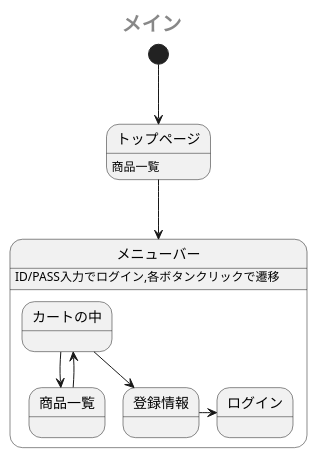
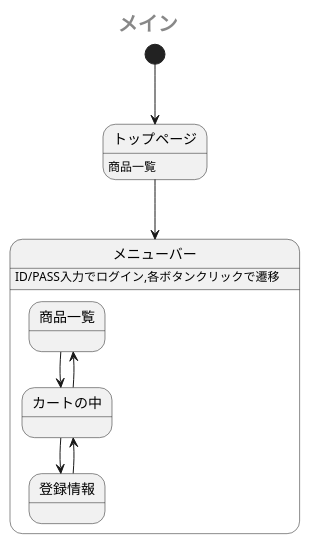
Before and after one commit to Aso2001385/2021sys-design: the first of 2 diagrams in sample/StateMachine.md, drawn with PlantUML.

````diff
--- a/sample/StateMachine.md
+++ b/sample/StateMachine.md
@@ -1,17 +1,17 @@
 ```uml
 @startuml
  center header <size:20><b>メイン</b></size>
  [*] --> トップページ
  トップページ: 商品一覧
  トップページ --> メニューバー
  state メニューバー {
    メニューバー: ID/PASS入力でログイン,各ボタンクリックで遷移
-   商品一覧 --> カートの中
-   登録情報 -right-> ログイン
-   カートの中 --> 商品一覧
-   カートの中 --> 登録情報
+   商品一覧 -down-> カートの中
+   カートの中 -up-> 商品一覧
+   カートの中 -down-> 登録情報
+   登録情報 -up-> カートの中
 
  }
  
 @enduml
 ```
````
